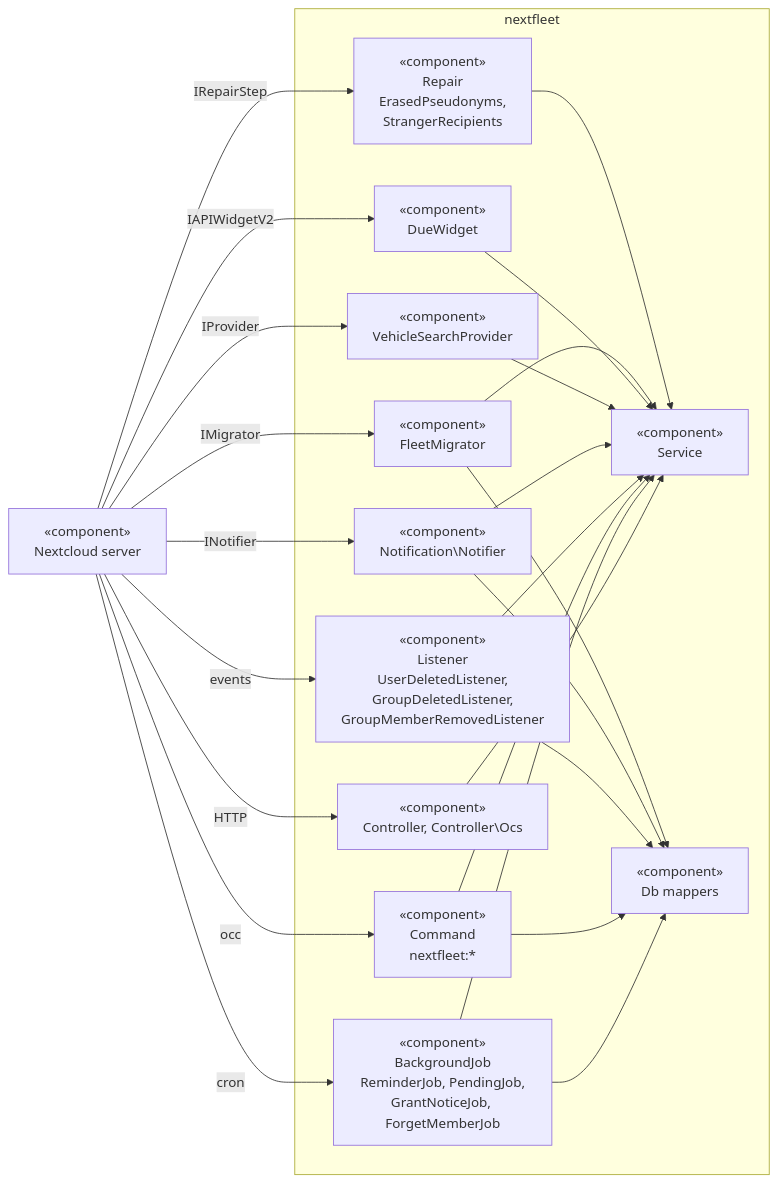
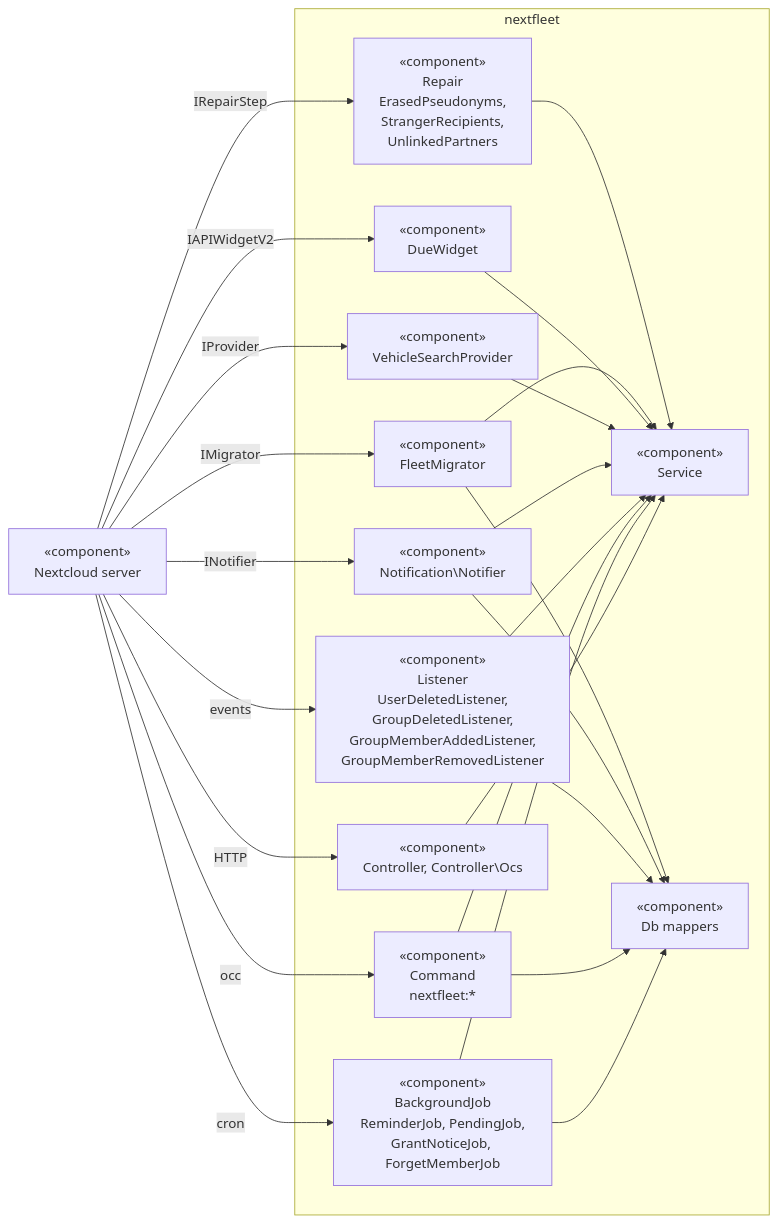
Before and after one commit to typical42/next-fleet: the second of 12 diagrams in docs/design/components.md, drawn with Mermaid. The commit also changed other lines of this file and 205 other files, not shown here.

````diff
--- a/docs/design/components.md
+++ b/docs/design/components.md
@@ -52,28 +52,28 @@
 ```mermaid
 flowchart LR
     NC["«component»<br/>Nextcloud server"]
     subgraph nextfleet
         Controllers["«component»<br/>Controller, Controller\Ocs"]
         Jobs["«component»<br/>BackgroundJob<br/>ReminderJob, PendingJob,<br/>GrantNoticeJob, ForgetMemberJob"]
         Commands["«component»<br/>Command<br/>nextfleet:*"]
-        Listeners["«component»<br/>Listener<br/>UserDeletedListener,<br/>GroupDeletedListener,<br/>GroupMemberRemovedListener"]
+        Listeners["«component»<br/>Listener<br/>UserDeletedListener,<br/>GroupDeletedListener,<br/>GroupMemberAddedListener,<br/>GroupMemberRemovedListener"]
         Notifier["«component»<br/>Notification\Notifier"]
         Search["«component»<br/>VehicleSearchProvider"]
         Widget["«component»<br/>DueWidget"]
         Migrator["«component»<br/>FleetMigrator"]
-        Repair["«component»<br/>Repair<br/>ErasedPseudonyms,<br/>StrangerRecipients"]
+        Repair["«component»<br/>Repair<br/>ErasedPseudonyms,<br/>StrangerRecipients,<br/>UnlinkedPartners"]
         Service["«component»<br/>Service"]
         Mappers["«component»<br/>Db mappers"]
     end
     NC -->|HTTP| Controllers
     NC -->|cron| Jobs
     NC -->|occ| Commands
     NC -->|events| Listeners
     NC -->|INotifier| Notifier
     NC -->|IProvider| Search
     NC -->|IAPIWidgetV2| Widget
     NC -->|IMigrator| Migrator
     NC -->|IRepairStep| Repair
     Controllers & Jobs & Commands & Listeners & Notifier & Search & Widget & Migrator & Repair --> Service
     Jobs & Commands & Listeners & Notifier & Migrator --> Mappers
 ```
````
